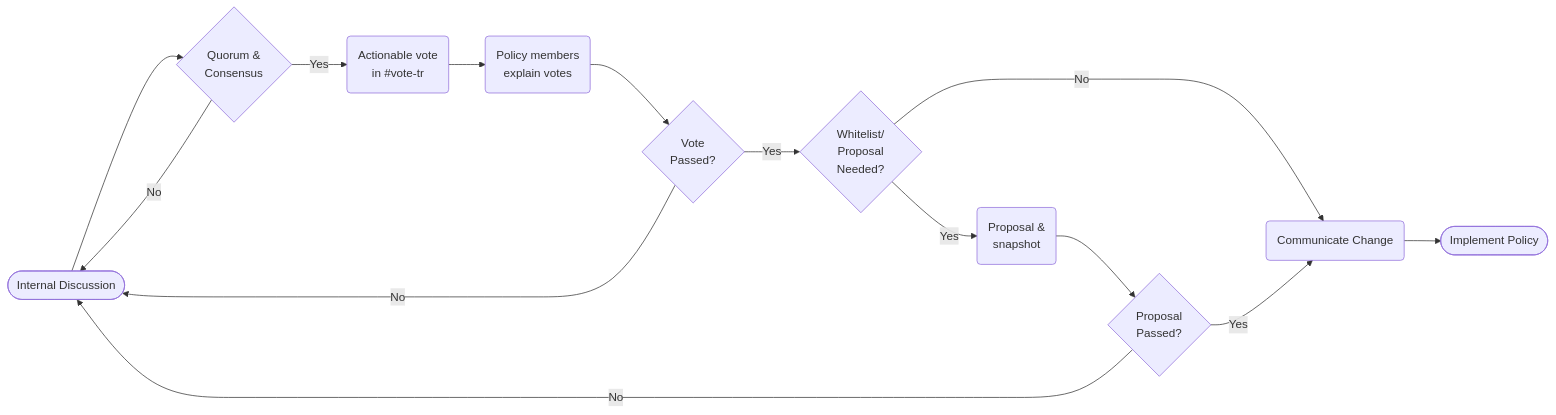
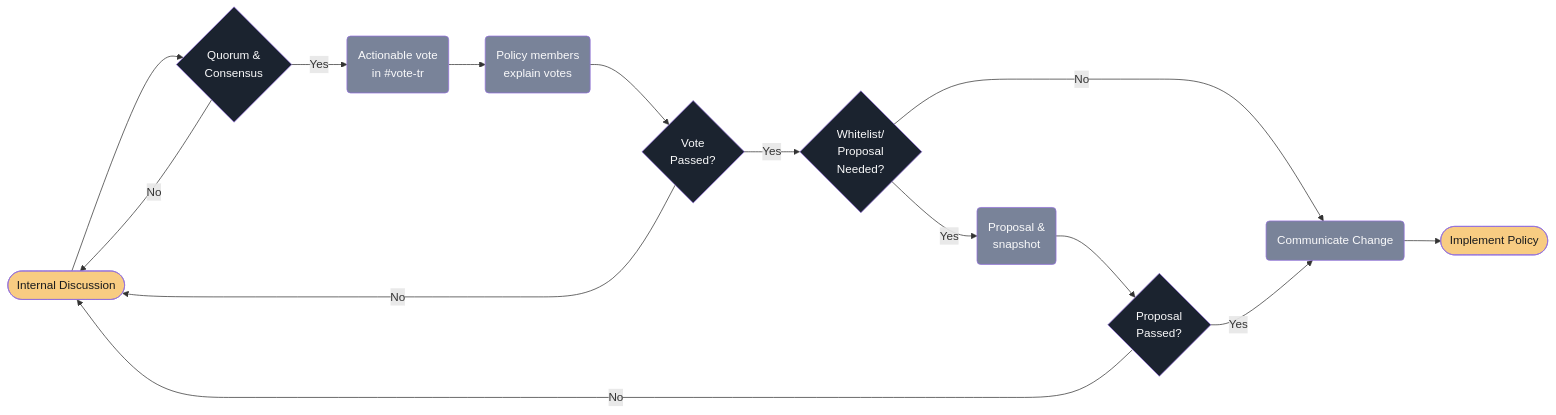
Before and after one commit to OlympusDAO-Education/Documentation: the diagram in literature-content/policy-process.mmd, drawn with Mermaid. The commit also changed 2 other files, not shown here.

Commit message:
Add styling to diagrams

```diff
--- a/literature-content/policy-process.mmd
+++ b/literature-content/policy-process.mmd
@@ -1,28 +1,31 @@
 flowchart LR
 %%{init:{'flowchart':{'nodeSpacing': 300}}}%%
 %% Nodes
-    InternalDiscussion([Internal Discussion])
-    Quorom{Quorum &<br>Consensus}
-    ActionableVote(Actionable vote<br>in #vote-tr)
-    PolicyVote(Policy members<br>explain votes)
-    VotePassed{Vote<br>Passed?}
-    ProposalNeeded{Whitelist/<br>Proposal<br>Needed?}
-    ProposalSnapshot(Proposal &<br>snapshot)
-    ProposalPassed{Proposal<br>Passed?}
-    CommunicateChange(Communicate Change)
-    ImplementPolicy([Implement Policy])
+    InternalDiscussion([Internal Discussion]):::gold
+    Quorom{Quorum &<br>Consensus}:::dark
+    ActionableVote(Actionable vote<br>in #vote-tr):::blue
+    PolicyVote(Policy members<br>explain votes):::blue
+    VotePassed{Vote<br>Passed?}:::dark
+    ProposalNeeded{Whitelist/<br>Proposal<br>Needed?}:::dark
+    ProposalSnapshot(Proposal &<br>snapshot):::blue
+    ProposalPassed{Proposal<br>Passed?}:::dark
+    CommunicateChange(Communicate Change):::blue
+    ImplementPolicy([Implement Policy]):::gold
 %% Edges
     InternalDiscussion-->Quorom
     Quorom-->|No|InternalDiscussion
     Quorom-->|Yes|ActionableVote
     ActionableVote-->PolicyVote
     PolicyVote-->VotePassed
     VotePassed-->|No|InternalDiscussion
     VotePassed-->|Yes|ProposalNeeded
     ProposalNeeded-->|No|CommunicateChange
     ProposalNeeded-->|Yes|ProposalSnapshot
     ProposalSnapshot-->ProposalPassed
     ProposalPassed-->|No|InternalDiscussion
     ProposalPassed-->|Yes|CommunicateChange
     CommunicateChange-->ImplementPolicy
 %% Styles
+    classDef blue fill:#798399,color:#fafafb;
+    classDef dark fill:#1b232f,color:#fafafb;
+    classDef gold fill:#f8cc82,color:#181a1d;
```
